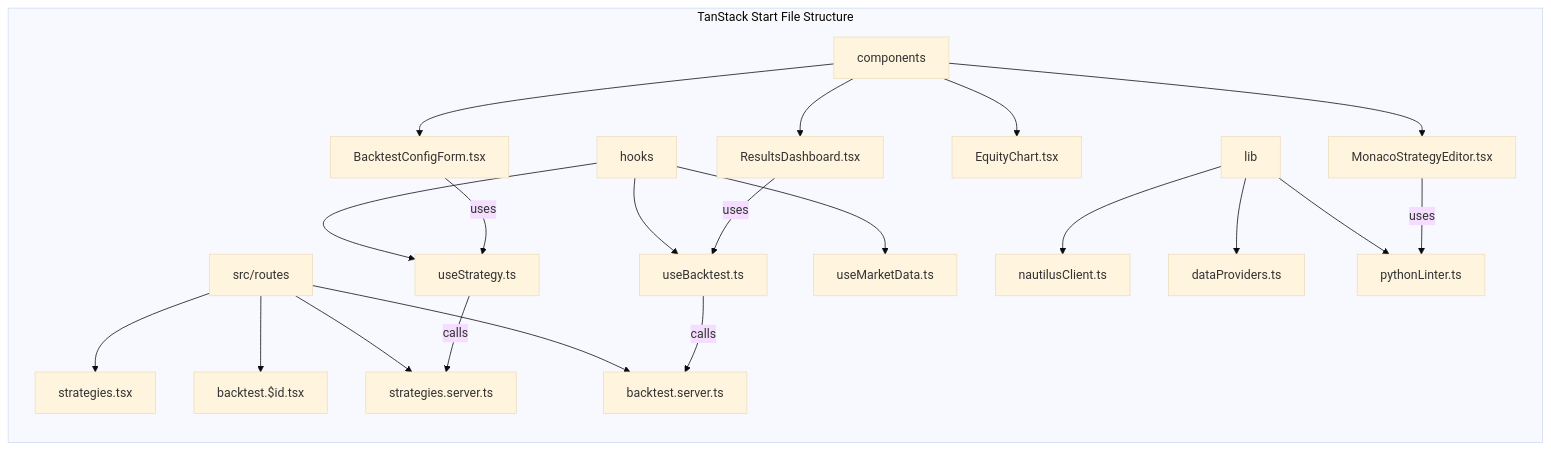
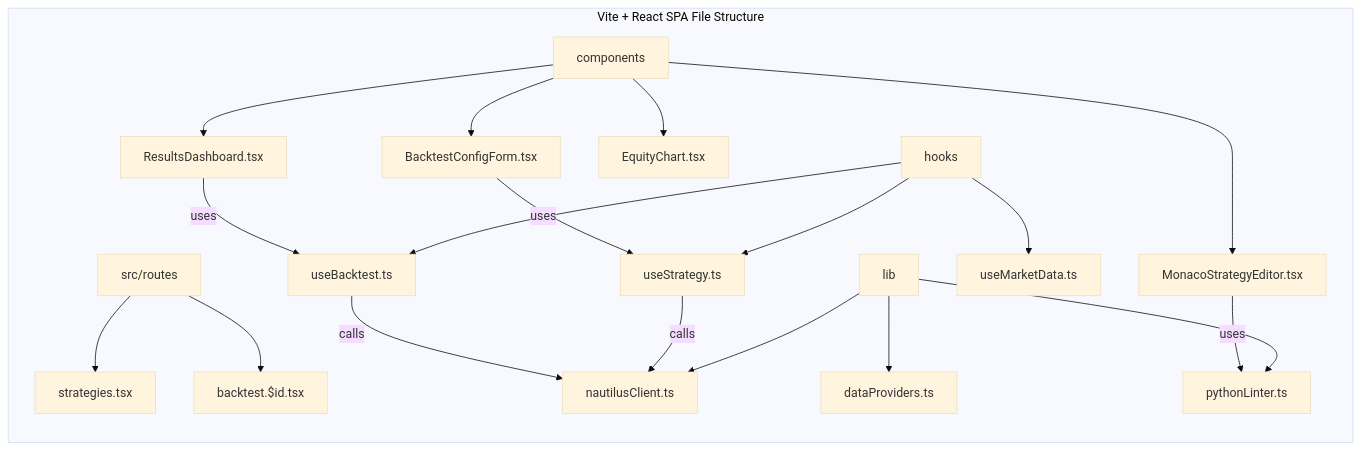
One commit to huydhoang/quantlens-docs changed the second of 9 diagrams in system_design.md. Above: the diagram before and after it, drawn with Mermaid (base theme). The commit also changed other lines of this file and 3 other files, not shown here.

Commit message:
Create local_frontend.md and update docs to align with Tauri + Vite + React + TanStack stack

````diff
--- a/system_design.md
+++ b/system_design.md
@@ -64,28 +64,26 @@
 ```mermaid
 graph LR
-    subgraph "TanStack Start File Structure"
+    subgraph "Vite + React SPA File Structure"
         A[src/routes] --> B[strategies.tsx]
         A --> C[backtest.$id.tsx]
-        A --> D[strategies.server.ts]
-        A --> E[backtest.server.ts]
         
         F[components] --> G[MonacoStrategyEditor.tsx]
         F --> H[BacktestConfigForm.tsx]
         F --> H1[ResultsDashboard.tsx]
         F --> H2[EquityChart.tsx]
         
         I[hooks] --> J[useStrategy.ts]
         I --> K[useBacktest.ts]
         I --> L[useMarketData.ts]
         
         M[lib] --> N[nautilusClient.ts]
         M --> O[dataProviders.ts]
         M --> P[pythonLinter.ts]
     end
     
     G -->|uses| P
-    J -->|calls| D
-    K -->|calls| E
+    J -->|calls| N
+    K -->|calls| N
     H -->|uses| J
     H1 -->|uses| K
 ```
````
